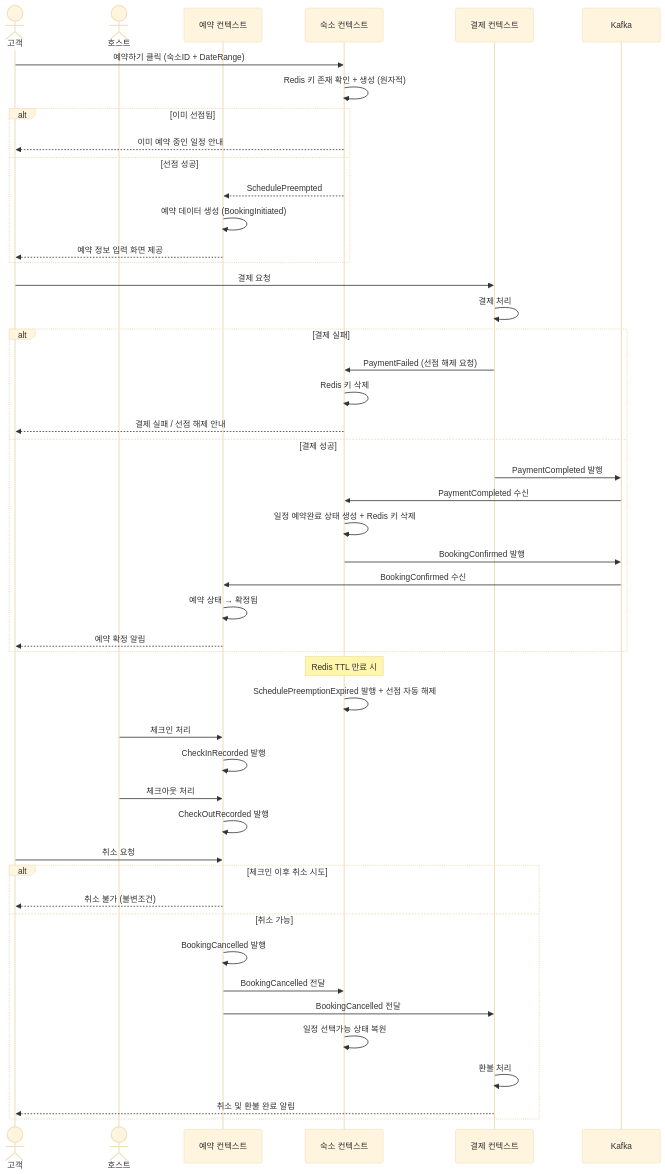
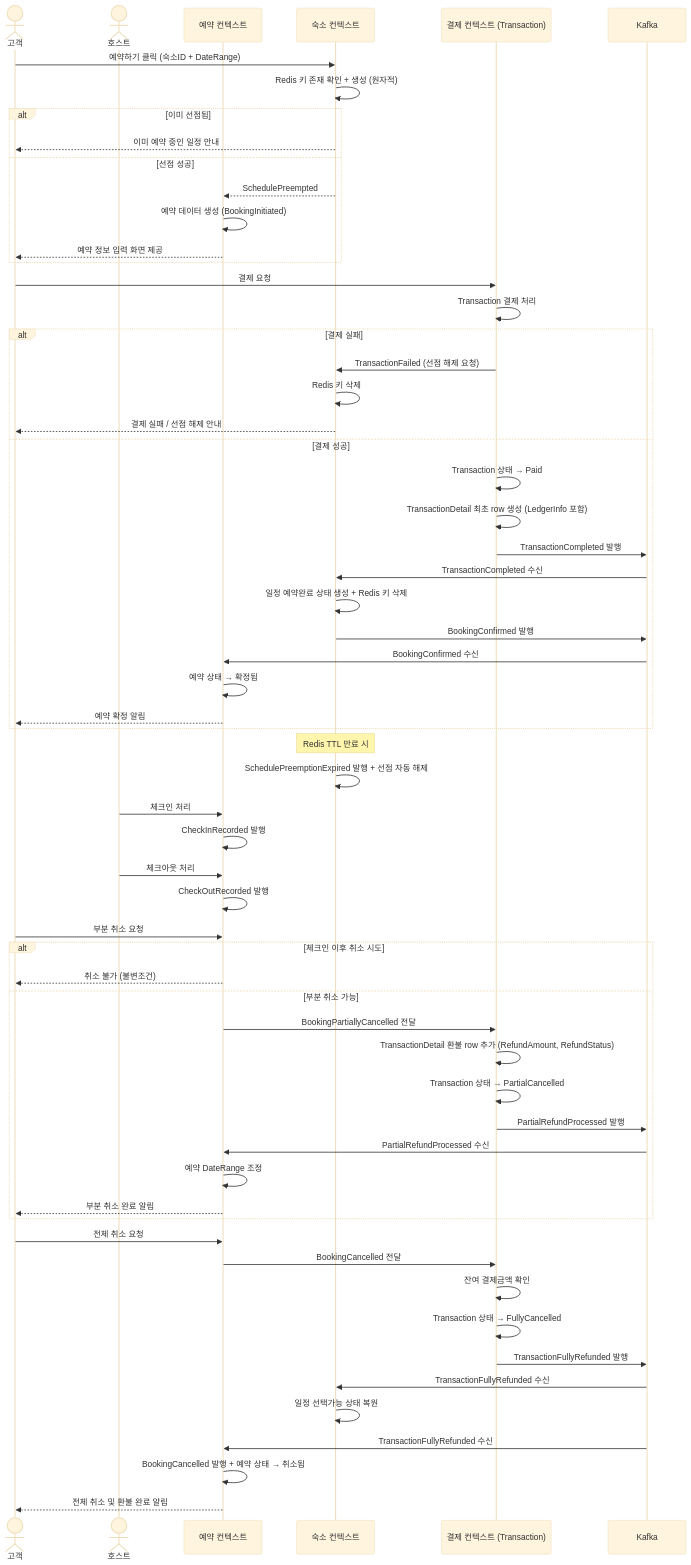
Before and after one commit to kail-is/ddd-gym: the second of 4 diagrams in participants/yongchul/docs/user_act_flow.md, drawn with Mermaid (base theme). The commit also changed other lines of this file and 1 other file, not shown here.

First line of the commit message:
refactor: [yongchul] Payment → Transaction 개명 및 TransactionDetail 설계 반영

````diff
--- a/participants/yongchul/docs/user_act_flow.md
+++ b/participants/yongchul/docs/user_act_flow.md
@@ -86,60 +93,75 @@
 ```mermaid
 sequenceDiagram
     actor 고객
     actor 호스트
     participant 예약컨텍스트 as 예약 컨텍스트
     participant 숙소컨텍스트 as 숙소 컨텍스트
-    participant 결제컨텍스트 as 결제 컨텍스트
+    participant 결제컨텍스트 as 결제 컨텍스트 (Transaction)
     participant Kafka
 
     %% 선점
     고객->>숙소컨텍스트: 예약하기 클릭 (숙소ID + DateRange)
     숙소컨텍스트->>숙소컨텍스트: Redis 키 존재 확인 + 생성 (원자적)
     alt 이미 선점됨
         숙소컨텍스트-->>고객: 이미 예약 중인 일정 안내
     else 선점 성공
         숙소컨텍스트-->>예약컨텍스트: SchedulePreempted
         예약컨텍스트->>예약컨텍스트: 예약 데이터 생성 (BookingInitiated)
         예약컨텍스트-->>고객: 예약 정보 입력 화면 제공
     end
 
     %% 결제
     고객->>결제컨텍스트: 결제 요청
-    결제컨텍스트->>결제컨텍스트: 결제 처리
+    결제컨텍스트->>결제컨텍스트: Transaction 결제 처리
     alt 결제 실패
-        결제컨텍스트->>숙소컨텍스트: PaymentFailed (선점 해제 요청)
+        결제컨텍스트->>숙소컨텍스트: TransactionFailed (선점 해제 요청)
         숙소컨텍스트->>숙소컨텍스트: Redis 키 삭제
         숙소컨텍스트-->>고객: 결제 실패 / 선점 해제 안내
     else 결제 성공
-        결제컨텍스트->>Kafka: PaymentCompleted 발행
-        Kafka->>숙소컨텍스트: PaymentCompleted 수신
+        결제컨텍스트->>결제컨텍스트: Transaction 상태 → Paid
+        결제컨텍스트->>결제컨텍스트: TransactionDetail 최초 row 생성 (LedgerInfo 포함)
+        결제컨텍스트->>Kafka: TransactionCompleted 발행
+        Kafka->>숙소컨텍스트: TransactionCompleted 수신
         숙소컨텍스트->>숙소컨텍스트: 일정 예약완료 상태 생성 + Redis 키 삭제
         숙소컨텍스트->>Kafka: BookingConfirmed 발행
         Kafka->>예약컨텍스트: BookingConfirmed 수신
         예약컨텍스트->>예약컨텍스트: 예약 상태 → 확정됨
         예약컨텍스트-->>고객: 예약 확정 알림
     end
 
     %% TTL 만료 (비동기)
     Note over 숙소컨텍스트: Redis TTL 만료 시
     숙소컨텍스트->>숙소컨텍스트: SchedulePreemptionExpired 발행 + 선점 자동 해제
 
     %% 체크인/체크아웃
     호스트->>예약컨텍스트: 체크인 처리
     예약컨텍스트->>예약컨텍스트: CheckInRecorded 발행
     호스트->>예약컨텍스트: 체크아웃 처리
     예약컨텍스트->>예약컨텍스트: CheckOutRecorded 발행
 
-    %% 취소
-    고객->>예약컨텍스트: 취소 요청
+    %% 부분 취소
+    고객->>예약컨텍스트: 부분 취소 요청
     alt 체크인 이후 취소 시도
         예약컨텍스트-->>고객: 취소 불가 (불변조건)
-    else 취소 가능
-        예약컨텍스트->>예약컨텍스트: BookingCancelled 발행
-        예약컨텍스트->>숙소컨텍스트: BookingCancelled 전달
-        예약컨텍스트->>결제컨텍스트: BookingCancelled 전달
-        숙소컨텍스트->>숙소컨텍스트: 일정 선택가능 상태 복원
-        결제컨텍스트->>결제컨텍스트: 환불 처리
-        결제컨텍스트-->>고객: 취소 및 환불 완료 알림
+    else 부분 취소 가능
+        예약컨텍스트->>결제컨텍스트: BookingPartiallyCancelled 전달
+        결제컨텍스트->>결제컨텍스트: TransactionDetail 환불 row 추가 (RefundAmount, RefundStatus)
+        결제컨텍스트->>결제컨텍스트: Transaction 상태 → PartialCancelled
+        결제컨텍스트->>Kafka: PartialRefundProcessed 발행
+        Kafka->>예약컨텍스트: PartialRefundProcessed 수신
+        예약컨텍스트->>예약컨텍스트: 예약 DateRange 조정
+        예약컨텍스트-->>고객: 부분 취소 완료 알림
     end
+
+    %% 전체 취소
+    고객->>예약컨텍스트: 전체 취소 요청
+    예약컨텍스트->>결제컨텍스트: BookingCancelled 전달
+    결제컨텍스트->>결제컨텍스트: 잔여 결제금액 확인
+    결제컨텍스트->>결제컨텍스트: Transaction 상태 → FullyCancelled
+    결제컨텍스트->>Kafka: TransactionFullyRefunded 발행
+    Kafka->>숙소컨텍스트: TransactionFullyRefunded 수신
+    숙소컨텍스트->>숙소컨텍스트: 일정 선택가능 상태 복원
+    Kafka->>예약컨텍스트: TransactionFullyRefunded 수신
+    예약컨텍스트->>예약컨텍스트: BookingCancelled 발행 + 예약 상태 → 취소됨
+    예약컨텍스트-->>고객: 전체 취소 및 환불 완료 알림
 ```
````
